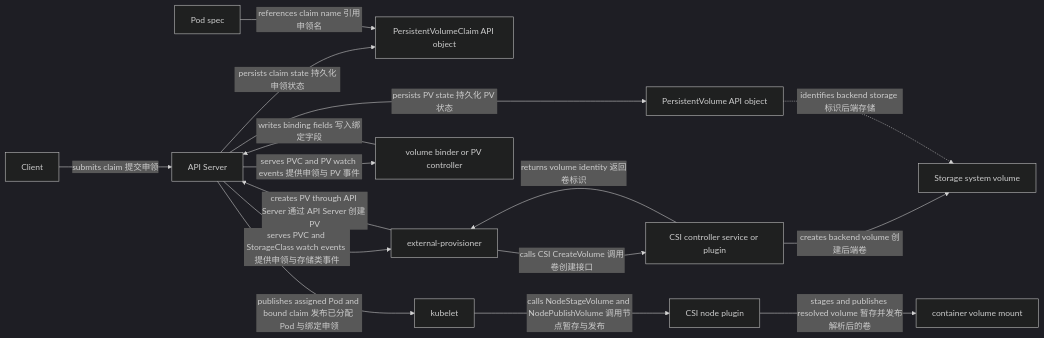
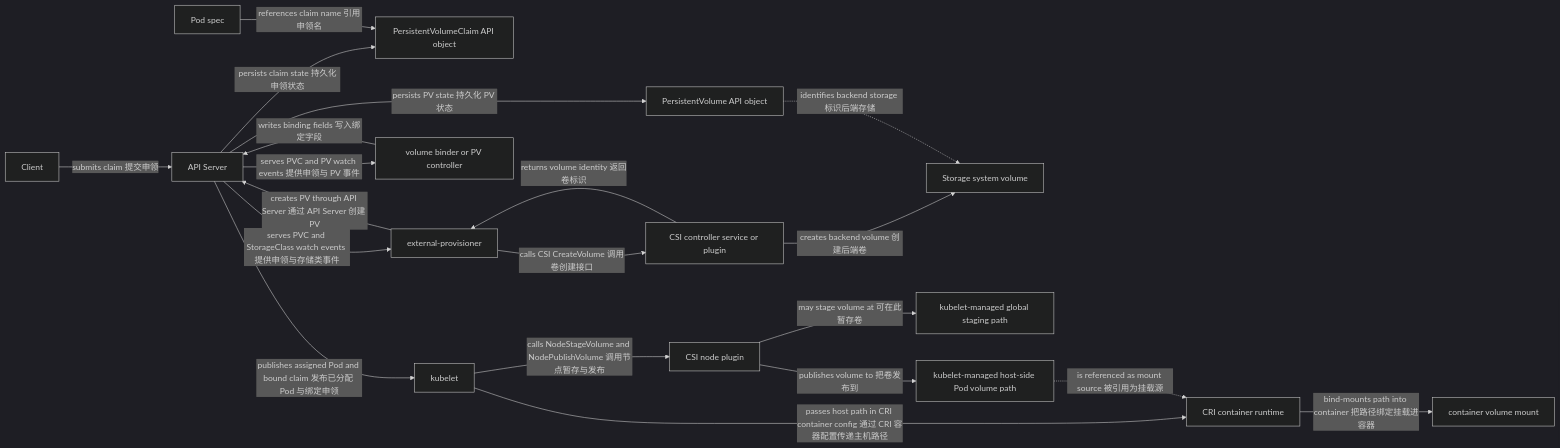
One commit to liufashi-Mr/cloud-native-docs changed the diagram in docs/concepts/config-storage.md. Above: the diagram before and after it, drawn with Mermaid (dark theme). The commit also changed other lines of this file and 1 other file, not shown here.

Commit message:
docs: clarify CSI container mount path

````diff
--- a/docs/concepts/config-storage.md
+++ b/docs/concepts/config-storage.md
@@ -51,18 +51,22 @@
 ```mermaid
 flowchart LR
   C["Client"] -->|submits claim 提交申领| API["API Server"]
   API -->|persists claim state 持久化申领状态| PVC["PersistentVolumeClaim API object"]
   API -->|serves PVC and StorageClass watch events 提供申领与存储类事件| EP["external-provisioner"]
   EP -->|calls CSI CreateVolume 调用卷创建接口| CC["CSI controller service or plugin"]
   CC -->|creates backend volume 创建后端卷| BS["Storage system volume"]
   CC -->|returns volume identity 返回卷标识| EP
   EP -->|creates PV through API Server 通过 API Server 创建 PV| API
   API -->|persists PV state 持久化 PV 状态| PV["PersistentVolume API object"]
   API -->|serves PVC and PV watch events 提供申领与 PV 事件| VB["volume binder or PV controller"]
   VB -->|writes binding fields 写入绑定字段| API
   API -->|publishes assigned Pod and bound claim 发布已分配 Pod 与绑定申领| KL["kubelet"]
   KL -->|calls NodeStageVolume and NodePublishVolume 调用节点暂存与发布| CSI["CSI node plugin"]
-  CSI -->|stages and publishes resolved volume 暂存并发布解析后的卷| VM["container volume mount"]
+  CSI -->|may stage volume at 可在此暂存卷| ST["kubelet-managed global staging path"]
+  CSI -->|publishes volume to 把卷发布到| HP["kubelet-managed host-side Pod volume path"]
+  KL -->|passes host path in CRI container config 通过 CRI 容器配置传递主机路径| CR["CRI container runtime"]
+  HP -.->|is referenced as mount source 被引用为挂载源| CR
+  CR -->|bind-mounts path into container 把路径绑定挂载进容器| VM["container volume mount"]
   PS["Pod spec"] -->|references claim name 引用申领名| PVC
   PV -.->|identifies backend storage 标识后端存储| BS
 ```
````
